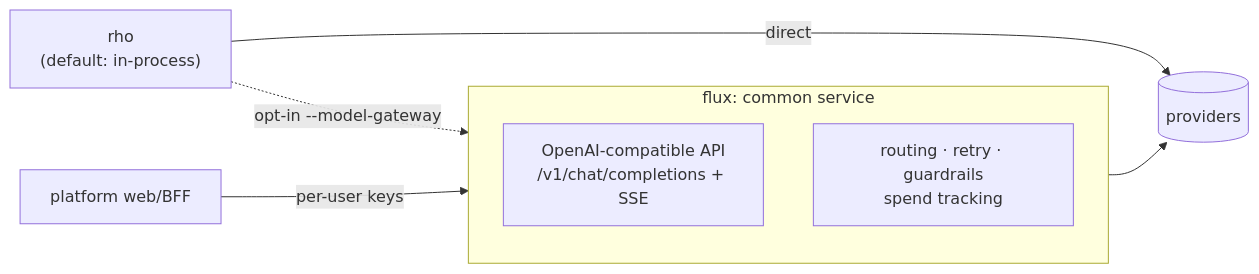
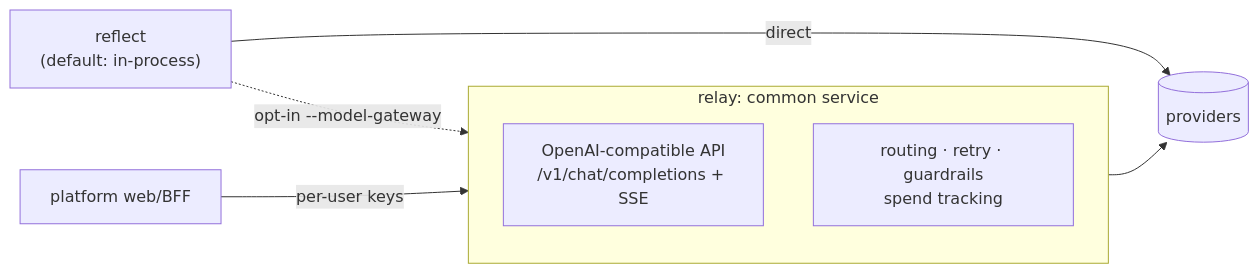
The second of 2 diagrams in docs/design/three-repo-architecture.md (GrayCodeAI/reflect), drawn with Mermaid before and after one commit. The commit also changed other lines of this file and 1427 other files, not shown here.

First line of the commit message:
refactor: rename Decoder to Reflect (and mux refs to relay) (#348)

````diff
--- a/docs/design/three-repo-architecture.md
+++ b/docs/design/three-repo-architecture.md
@@ -42,11 +42,11 @@
 ```mermaid
 flowchart LR
-    CLI2["rho\n(default: in-process)"] -. "opt-in --model-gateway" .-> GW
+    CLI2["reflect\n(default: in-process)"] -. "opt-in --model-gateway" .-> GW
     WEB2["platform web/BFF"] -->|per-user keys| GW
-    subgraph GW["flux: common service"]
+    subgraph GW["relay: common service"]
         API["OpenAI-compatible API\n/v1/chat/completions + SSE"]
         POL["routing · retry · guardrails\nspend tracking"]
     end
     GW --> PROV[(providers)]
     CLI2 -->|direct| PROV
 ```
````
